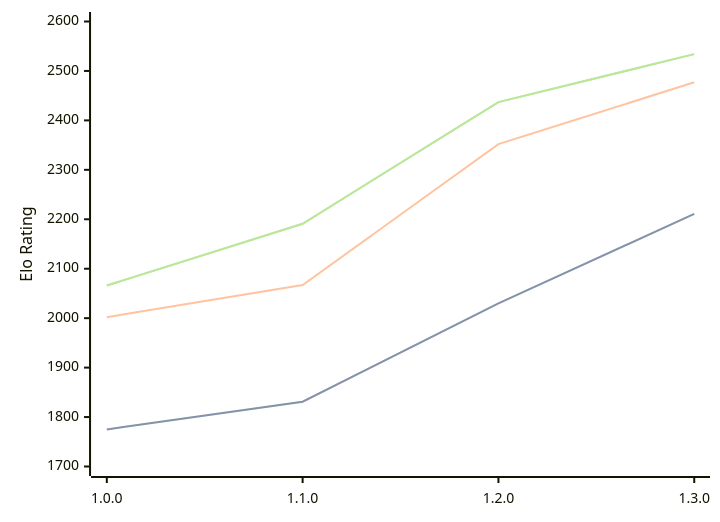
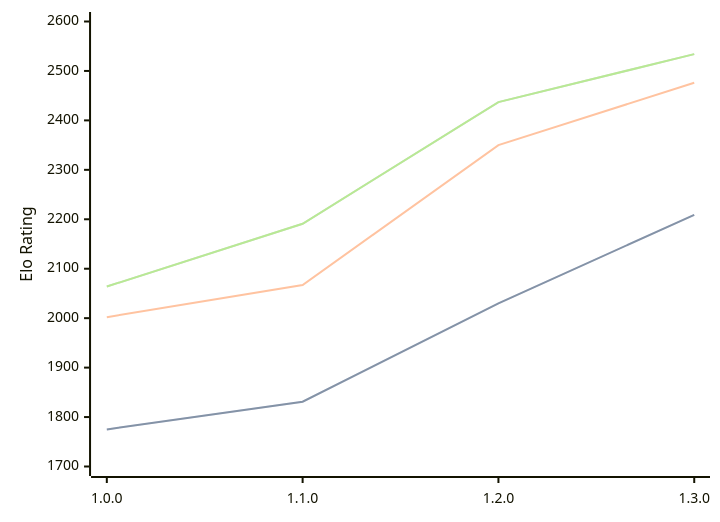
The diagram in engines/Anodos.md (computer-chess-index/cci), drawn with Mermaid before and after one commit. The commit also changed other lines of this file, not shown here.

Commit message:
Update CCI Ratings (ELO VLTC) - 2026-03-18

````diff
--- a/engines/Anodos.md
+++ b/engines/Anodos.md
@@ -43,11 +43,11 @@
 ```mermaid
 %%{init: {"theme":"base","themeVariables":{"seriesColors:['#a3a3a3','#222221','#faa371']}}}%%
 xychart-beta
   x-axis ["1.0.0", "1.1.0", "1.2.0", "1.3.0"]
   y-axis "Elo Rating" 1700 --> 2600
-  line "STC (8.0+0.08s)" [1775, 1831, 2030, 2211]
-  line "STC (8.0+0.08s)" [1775, 1831, 2030, 2211]
-  line "LTC (60.0+0.60s)" [2002, 2067, 2352, 2477]
-  line "VLTC (2m24s+1.12s)" [2066, 2191, 2437, 2534]
-  line "VLTC (2m24s+1.12s)" [2066, 2191, 2437, 2534]
+  line "STC (8.0+0.08s)" [1775, 1831, 2030, 2209]
+  line "STC (8.0+0.08s)" [1775, 1831, 2030, 2209]
+  line "LTC (60.0+0.60s)" [2002, 2067, 2350, 2476]
+  line "VLTC (2m24s+1.12s)" [2064, 2191, 2437, 2534]
+  line "VLTC (2m24s+1.12s)" [2064, 2191, 2437, 2534]
 ```
````
